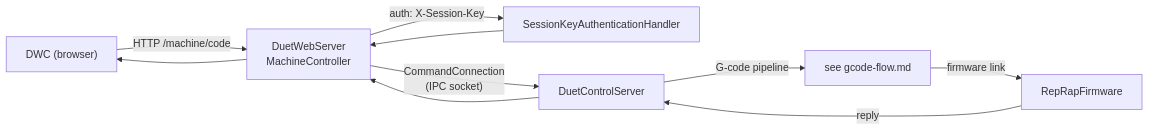
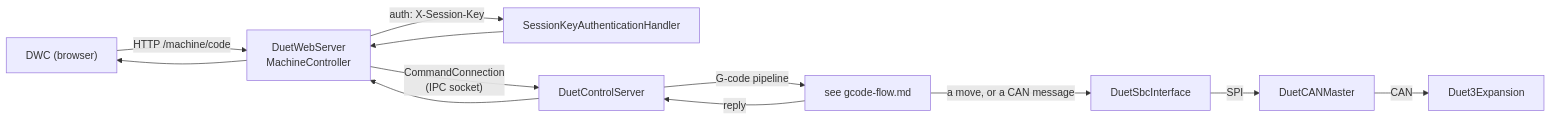
One commit to Duet3D/DuetSoftwareFramework changed the diagram in src/Documentation/articles/components.md. Above: the diagram before and after it, drawn with Mermaid. The commit also changed other lines of this file and 8 other files, not shown here.

````diff
--- a/src/Documentation/articles/components.md
+++ b/src/Documentation/articles/components.md
@@ -116,10 +154,12 @@
 ```mermaid
 flowchart LR
     BROWSER["DWC (browser)"] -->|"HTTP /machine/code"| DWS["DuetWebServer<br/>MachineController"]
     DWS -->|"auth: X-Session-Key"| AUTH["SessionKeyAuthenticationHandler"]
     AUTH --> DWS
     DWS -->|"CommandConnection<br/>(IPC socket)"| DCS["DuetControlServer"]
     DCS -->|"G-code pipeline"| PIPE["see gcode-flow.md"]
-    PIPE -->|"firmware link"| RRF["RepRapFirmware"]
-    RRF -->|"reply"| DCS --> DWS --> BROWSER
+    PIPE -->|"a move, or a CAN message"| SBCI["DuetSbcInterface"]
+    SBCI -->|"SPI"| CM["DuetCANMaster"]
+    CM -->|"CAN"| EXP["Duet3Expansion"]
+    PIPE -->|"reply"| DCS --> DWS --> BROWSER
 ```
````
